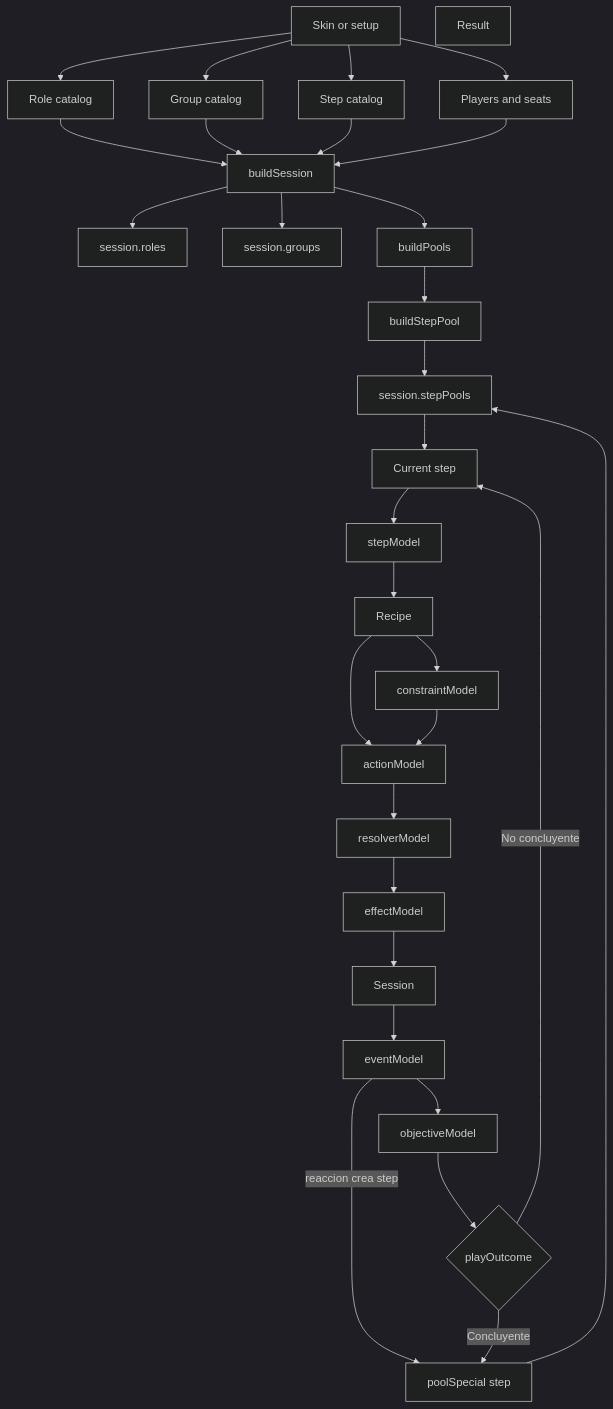
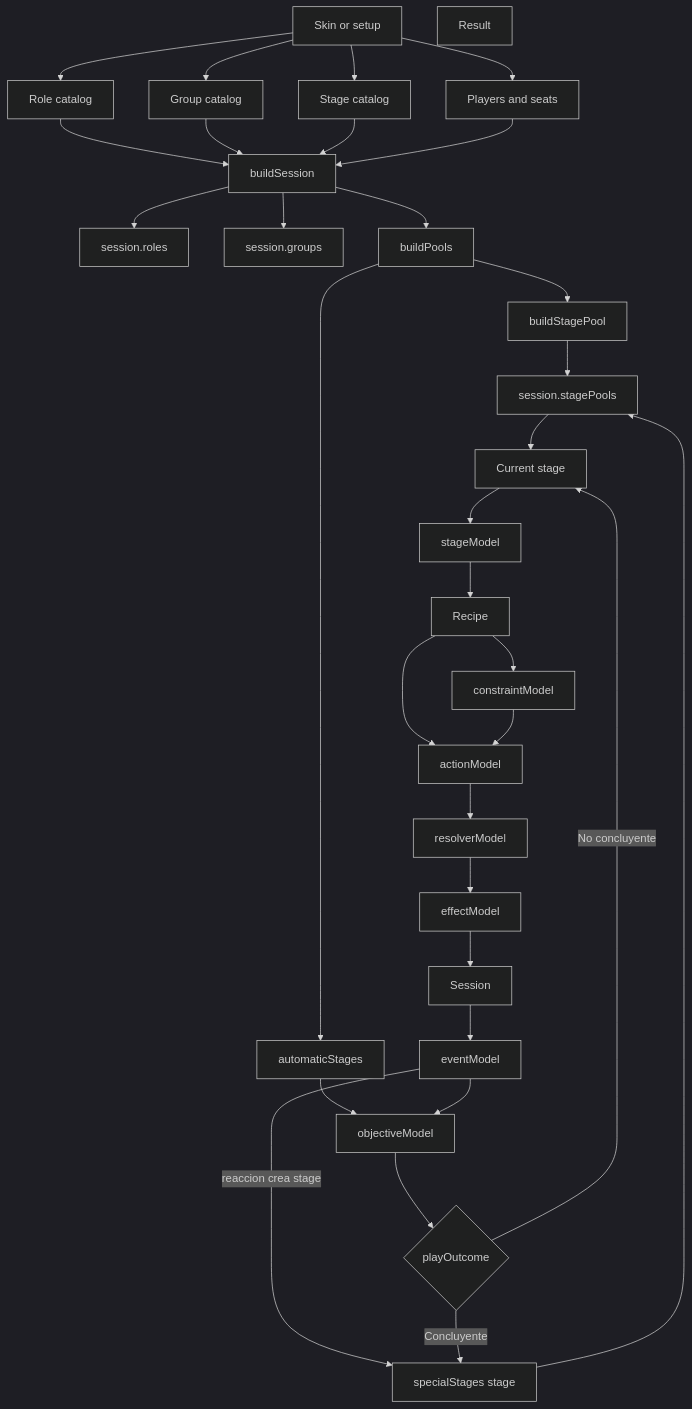
The first of 14 diagrams in docs/engine_flow_map.md (juanramonmorandeira/castronegro-director), drawn with Mermaid (dark theme) before and after one commit. The commit also changed other lines of this file and 41 other files, not shown here.

Commit message:
def: modelo de ciclos y pools de session

````diff
--- a/docs/engine_flow_map.md
+++ b/docs/engine_flow_map.md
@@ -8,57 +14,60 @@
 ```mermaid
 flowchart TD
   Skin[Skin or setup]
   RoleCatalog[Role catalog]
   GroupCatalog[Group catalog]
-  StepCatalog[Step catalog]
+  StageCatalog[Stage catalog]
   Players[Players and seats]
   BuildSession[buildSession]
   RoleStates[session.roles]
   GroupStates[session.groups]
   BuildPools[buildPools]
-  BuildStepPool[buildStepPool]
-  StepPools[session.stepPools]
-  CurrentStep[Current step]
-  StepModel[stepModel]
+  BuildStagePool[buildStagePool]
+  StagePools[session.stagePools]
+  AutomaticStages[automaticStages]
+  CurrentStage[Current stage]
+  StageModel[stageModel]
   Recipe[Recipe]
   Constraint[constraintModel]
   Action[actionModel]
   Resolver[resolverModel]
   Effect[effectModel]
   Session[Session]
   Objectives[objectiveModel]
   PlayOutcome{playOutcome}
   Event[eventModel]
-  SpecialStep[poolSpecial step]
+  SpecialStage[specialStages stage]
   Result[Result]
 
   Skin --> RoleCatalog
   Skin --> GroupCatalog
-  Skin --> StepCatalog
+  Skin --> StageCatalog
   Skin --> Players
   RoleCatalog --> BuildSession
   GroupCatalog --> BuildSession
-  StepCatalog --> BuildSession
+  StageCatalog --> BuildSession
   Players --> BuildSession
   BuildSession --> RoleStates
   BuildSession --> GroupStates
   BuildSession --> BuildPools
-  BuildPools --> BuildStepPool
-  BuildStepPool --> StepPools
-  StepPools --> CurrentStep
-  CurrentStep --> StepModel
-  StepModel --> Recipe
+  BuildPools --> BuildStagePool
+  BuildStagePool --> StagePools
+  BuildPools --> AutomaticStages
+  AutomaticStages --> Objectives
+  StagePools --> CurrentStage
+  CurrentStage --> StageModel
+  StageModel --> Recipe
   Recipe --> Constraint
   Recipe --> Action
   Constraint --> Action
   Action --> Resolver
   Resolver --> Effect
   Effect --> Session
   Session --> Event
-  Event -->|reaccion crea step| SpecialStep
-  SpecialStep --> StepPools
+  Event -->|reaccion crea stage| SpecialStage
+  SpecialStage --> StagePools
   Event --> Objectives
   Objectives --> PlayOutcome
-  PlayOutcome -->|No concluyente| CurrentStep
-  PlayOutcome -->|Concluyente| SpecialStep
+  PlayOutcome -->|No concluyente| CurrentStage
+  PlayOutcome -->|Concluyente| SpecialStage
 ```
````
